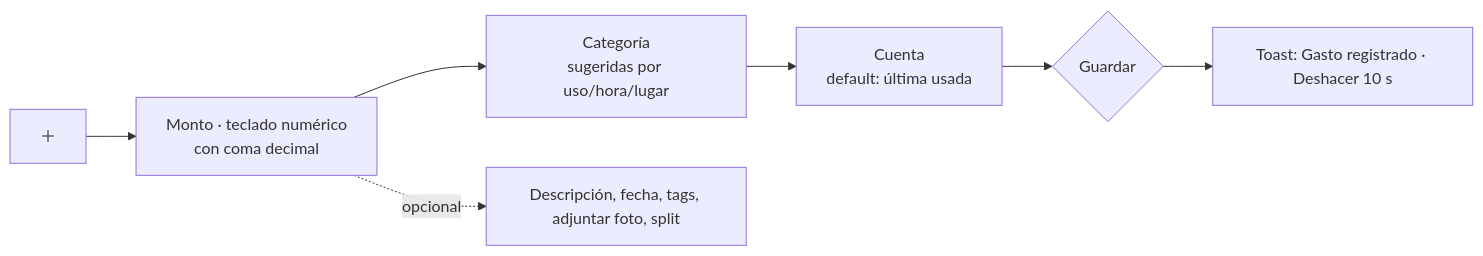
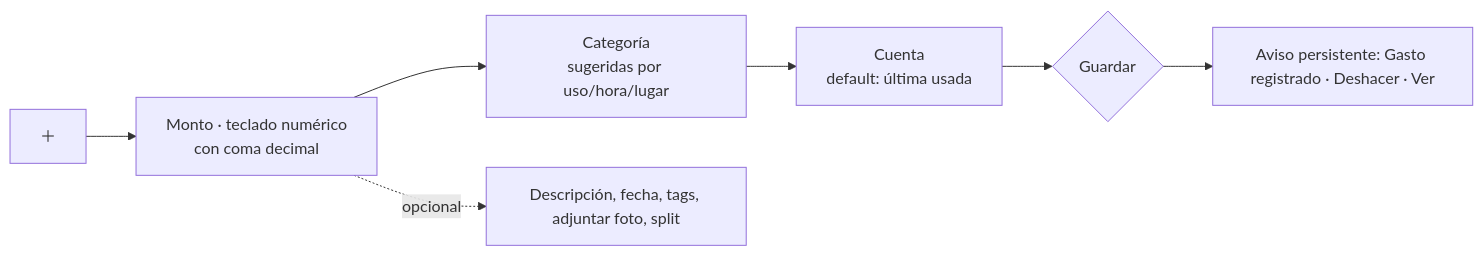
One commit to manuXD270516/personal-finances changed the second of 2 diagrams in docs/28-ui-ux-design-system.md. Above: the diagram before and after it, drawn with Mermaid. The commit also changed other lines of this file and 46 other files, not shown here.

````diff
--- a/docs/28-ui-ux-design-system.md
+++ b/docs/28-ui-ux-design-system.md
@@ -139,6 +139,6 @@
 ```mermaid
 flowchart LR
     A[＋] --> B[Monto · teclado numérico<br/>con coma decimal] --> C[Categoría<br/>sugeridas por uso/hora/lugar] --> D[Cuenta<br/>default: última usada] --> E{Guardar}
-    E --> F[Toast: Gasto registrado · Deshacer 10 s]
+    E --> F[Aviso persistente: Gasto registrado · Deshacer · Ver]
     B -.opcional.-> G[Descripción, fecha, tags, adjuntar foto, split]
 ```
````
